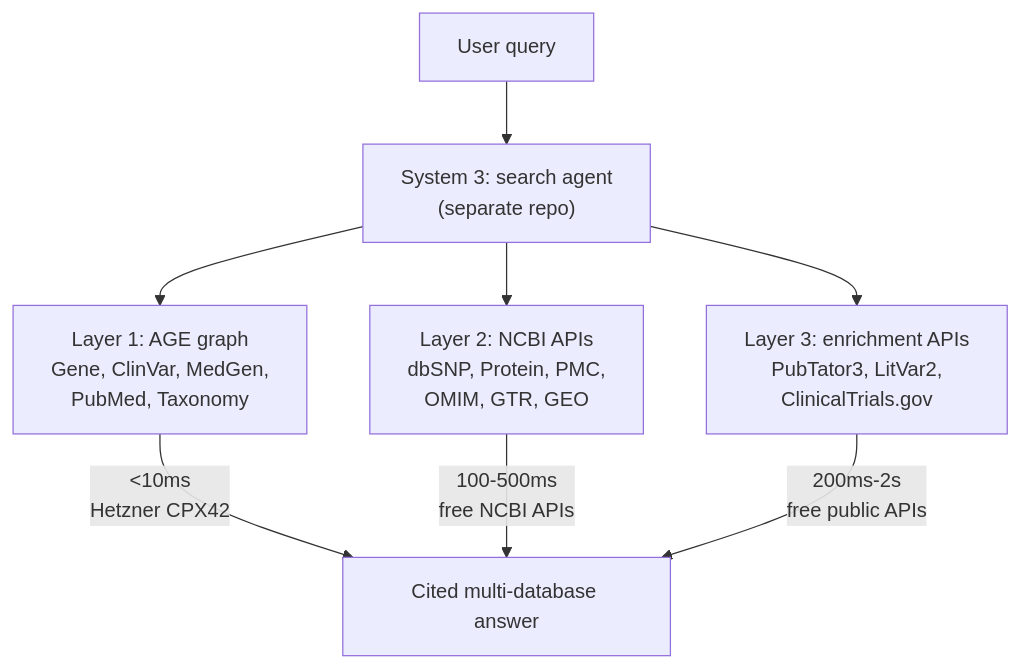
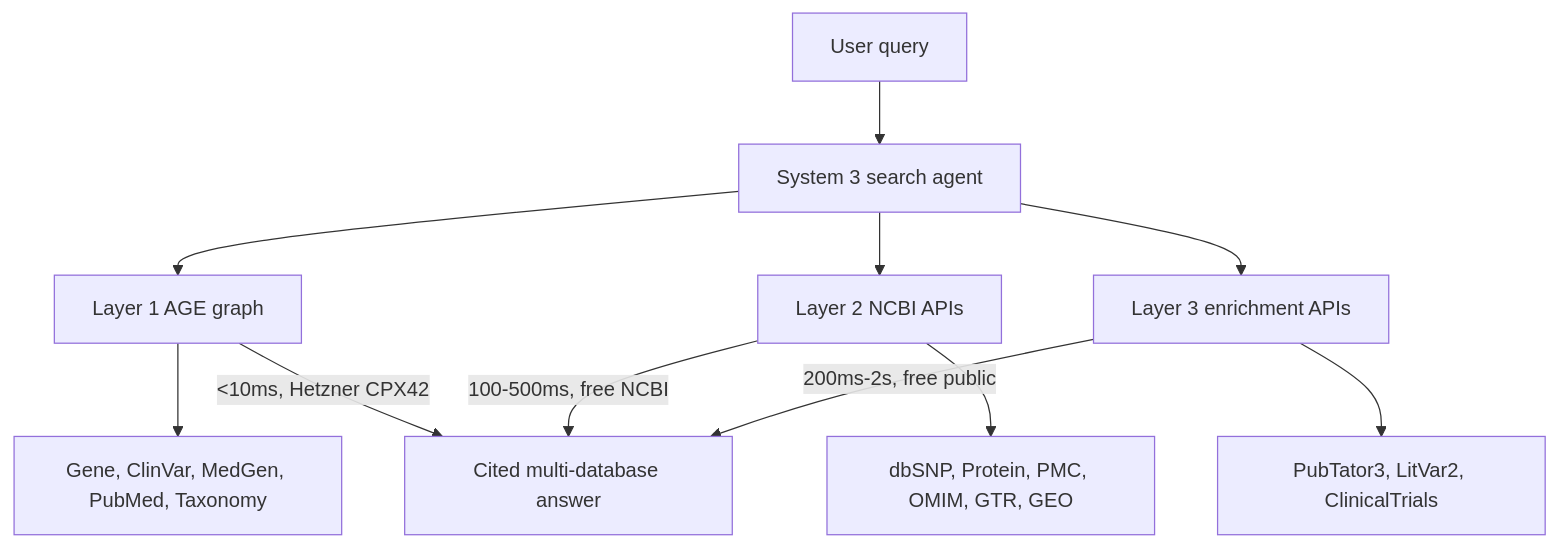
The diagram in docs/architecture/Three_layer_data_architecture.md (monideep2255/agentic-search-ui), drawn with Mermaid before and after one commit. The commit also changed other lines of this file and 22 other files, not shown here.

````diff
--- a/docs/architecture/Three_layer_data_architecture.md
+++ b/docs/architecture/Three_layer_data_architecture.md
@@ -149,17 +138,23 @@
 ```mermaid
 flowchart TD
     UQ["User query"]
-    S3["System 3: search agent\n(separate repo)"]
-    L1["Layer 1: AGE graph\nGene, ClinVar, MedGen,\nPubMed, Taxonomy"]
-    L2["Layer 2: NCBI APIs\ndbSNP, Protein, PMC,\nOMIM, GTR, GEO"]
-    L3["Layer 3: enrichment APIs\nPubTator3, LitVar2,\nClinicalTrials.gov"]
+    S3["System 3 search agent"]
+    L1["Layer 1 AGE graph"]
+    L1D["Gene, ClinVar, MedGen, PubMed, Taxonomy"]
+    L2["Layer 2 NCBI APIs"]
+    L2D["dbSNP, Protein, PMC, OMIM, GTR, GEO"]
+    L3["Layer 3 enrichment APIs"]
+    L3D["PubTator3, LitVar2, ClinicalTrials"]
     ANS["Cited multi-database answer"]
 
     UQ --> S3
     S3 --> L1
+    L1 --> L1D
     S3 --> L2
+    L2 --> L2D
     S3 --> L3
-    L1 -- "<10ms\nHetzner CPX42" --> ANS
-    L2 -- "100-500ms\nfree NCBI APIs" --> ANS
-    L3 -- "200ms-2s\nfree public APIs" --> ANS
+    L3 --> L3D
+    L1 -- "<10ms, Hetzner CPX42" --> ANS
+    L2 -- "100-500ms, free NCBI" --> ANS
+    L3 -- "200ms-2s, free public" --> ANS
 ```
````
